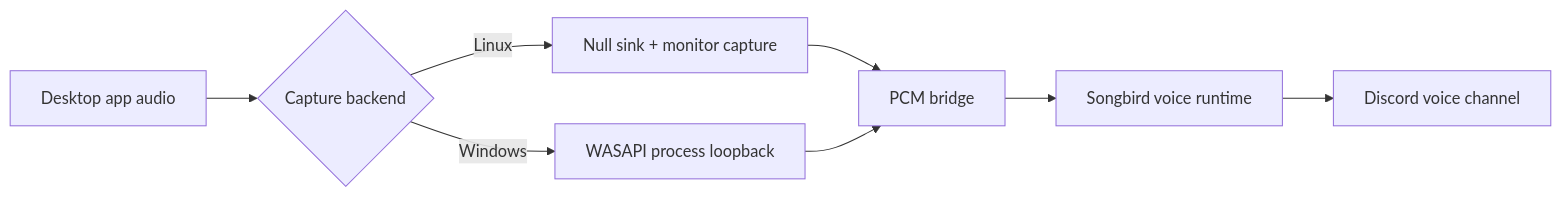
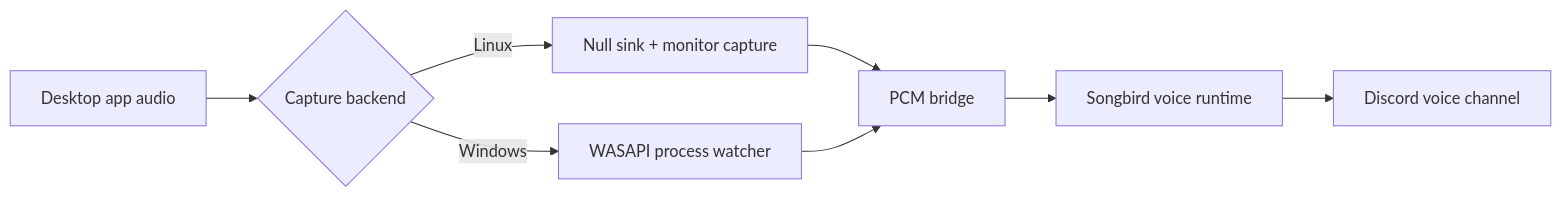
One commit to ICEFIR/bardic-chord changed the diagram in README.md. Above: the diagram before and after it, drawn with Mermaid. The commit also changed other lines of this file and 6 other files, not shown here.

Commit message:
Add Windows capture watcher

````diff
--- a/README.md
+++ b/README.md
@@ -49,10 +49,10 @@
 ```mermaid
 flowchart LR
     A[Desktop app audio] --> B{Capture backend}
     B -->|Linux| C[Null sink + monitor capture]
-    B -->|Windows| D[WASAPI process loopback]
+    B -->|Windows| D[WASAPI process watcher]
     C --> E[PCM bridge]
     D --> E
     E --> F[Songbird voice runtime]
     F --> G[Discord voice channel]
 ```
````
